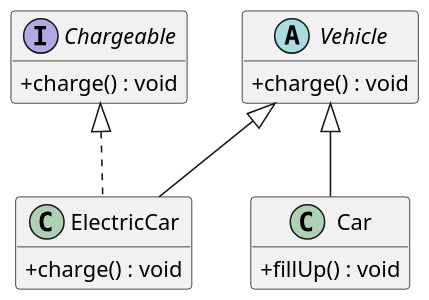
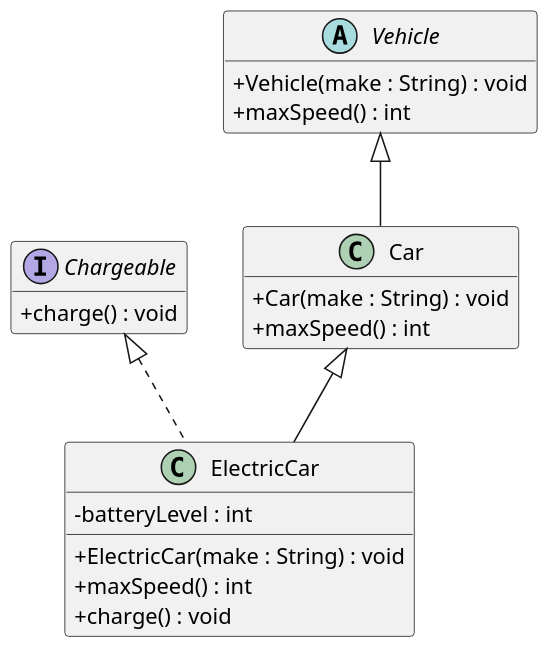
The diagram in plantuml/exercises/vehicles-uml-starter.puml (KL1105/207-course-notes), drawn with PlantUML before and after one commit.

Commit message:
fix the car UML following required soln

```diff
--- a/plantuml/exercises/vehicles-uml-starter.puml
+++ b/plantuml/exercises/vehicles-uml-starter.puml
@@ -1,48 +1,53 @@
 @startuml
 skinparam dpi 150
 skinparam classAttributeIconSize 0
 hide empty members
 
 ' Your task (Chapter 3, Question 2): draw the UML class diagram for the
 ' Vehicle / Car / ElectricCar / Chargeable code.
 '
 ' Define each type as a box, then connect them with the right arrows. One box
 ' (Chargeable) is filled in as an example — complete the other three and add the
 ' relationships.
 '
 ' PlantUML cheat-sheet:
 '   interface Name { + method() : Type }
 '   abstract class Name { # field : Type }
 '   class Name { - field : Type }
 '   Parent    <|-- Child    ' generalization: Child extends Parent
 '   Interface <|.. Class    ' realization:    Class implements Interface
 ' (Putting the parent/interface on the LEFT of the arrow keeps it on top.)
 
 interface Chargeable {
   + charge() : void
 }
 
 ' TODO: add "abstract class Vehicle", "class Car", and "class ElectricCar"
 '       (with their fields and methods), then add the arrows between all four
 '       types.
 
 abstract class Vehicle {
-  + charge() : void
+  + Vehicle(make : String) : void
+  + maxSpeed() : int
 }
 
 ' Extends class Vehicle but does not realize Chargeable
 class Car {
-  + fillUp() : void
+  + Car(make : String) : void
+  + maxSpeed() : int
 }
 
 ' Extends class Vehicle and also realizes interface Chargeable
 class ElectricCar {
+ - batteryLevel : int
+ + ElectricCar(make : String) : void
+ + maxSpeed() : int
  + charge() : void
 }
 
 Vehicle <|-- Car
-Vehicle <|-- ElectricCar
+Car <|-- ElectricCar
 
 Chargeable <|.. ElectricCar
 
 @enduml
```
